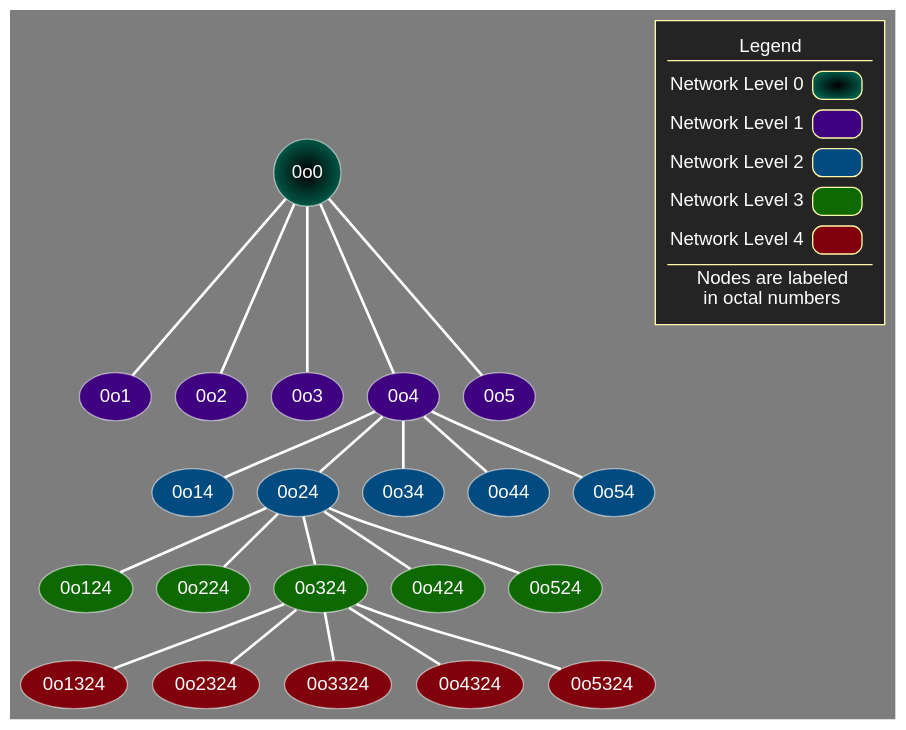
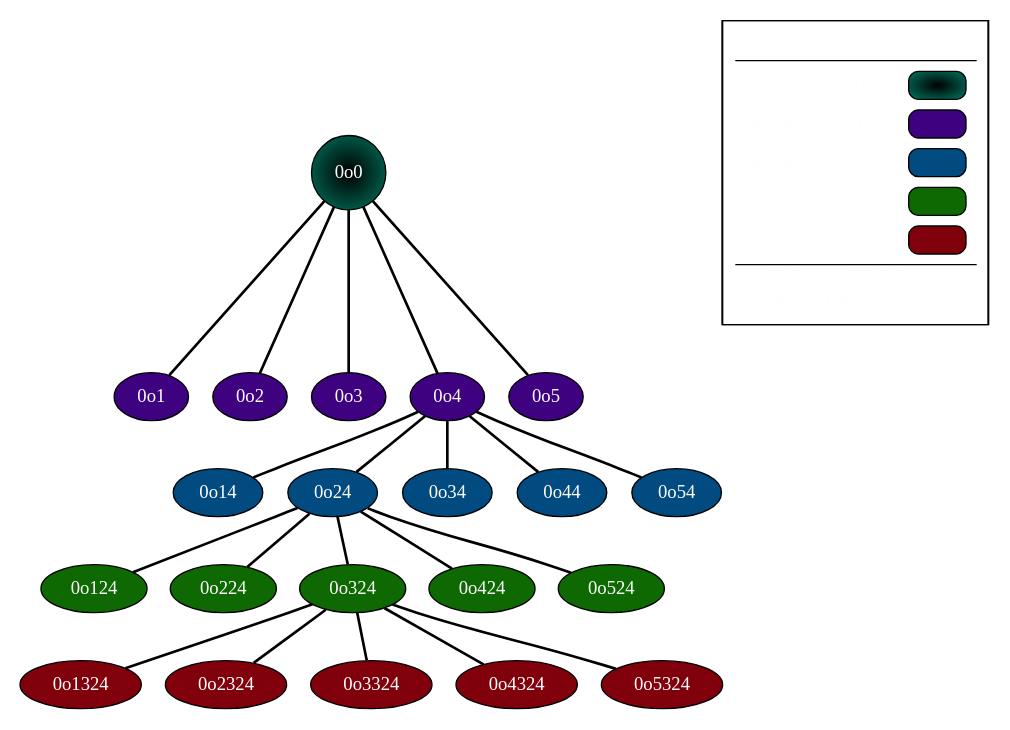
One commit to nRF24/CircuitPython_nRF24L01 changed the first of 2 diagrams in docs/network_docs/topology.rst. Above: the diagram before and after it, drawn with Graphviz. The commit also changed other lines of this file and 50 other files, not shown here.

```diff
--- a/docs/network_docs/topology.rst
+++ b/docs/network_docs/topology.rst
@@ -20,29 +20,28 @@
 .. graphviz::
+    :align: center
 
     graph network_hierarchy {
-        bgcolor="#323232A1"
         newrank=true
         // ratio="0.65"
         node [
             fontcolor="#FEFEFE"
             fontsize=14
-            fontname=Arial
         ]
         pad="0"
         margin="0"
         subgraph cluster_hierarchy {
-            bgcolor="#24242400"
             color="#24242400"
             node [
+                fontcolor="#FEFEFE"
                 style=filled
-                color="#FEFEFE7f"
+                color="var(--md-graphviz-edge-color)"
             ]
-            edge [color="#FEFEFE" style="setlinewidth(2)"]
+            edge [style="setlinewidth(2)"]
             subgraph lvl_0 {
                 "0o0" [
                     shape="circle"
                     style="radial"
-                    fillcolor="0.85:#018268;0:#000"
+                    fillcolor="#000000;0.85:#018268"
                 ]
             }
             subgraph lvl_1 {
@@ -68,10 +67,7 @@
             "0o324" -- "0o2324"; "0o324" -- "0o3324"; "0o324" -- "0o4324"; "0o324" -- "0o5324"
         }
         subgraph cluster_legend {
-            bgcolor="#242424"
-            color="#24242400"
             "Legend" [
-                color="#FEF9A9"
                 shape=plain
                 margin=0
                 label=<
@@ -81,7 +77,7 @@
                             </TR>
                             <TR>
                                 <TD>Network Level 0</TD>
-                                <TD BORDER="1" STYLE="rounded,radial" BGCOLOR="#000:#018268">        </TD>
+                                <TD BORDER="1" STYLE="rounded,radial" BGCOLOR="#000000:#018268">        </TD>
                             </TR>
                             <TR>
                                 <TD>Network Level 1</TD>
```
